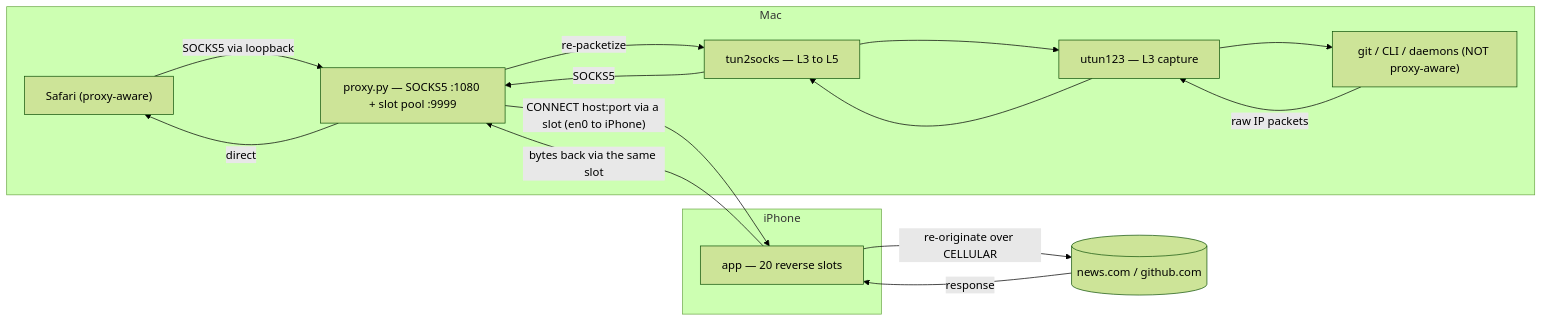
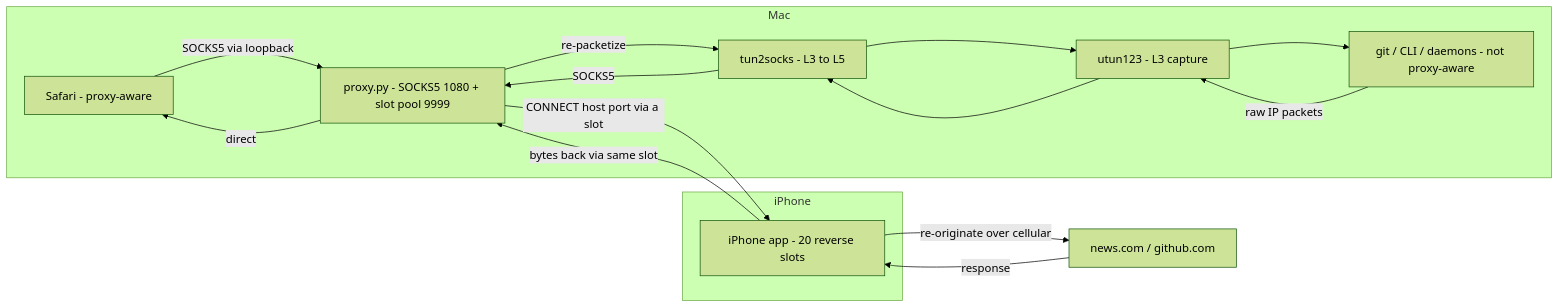
The diagram in ios-proxy-test/ARCHITECTURE.md (codereyinish/ColdVPN), drawn with Mermaid (forest theme) before and after one commit.

Commit message:
Fix Mermaid diagram so GitHub renders it
GitHub's renderer failed ("Unable to render rich display") on em dashes,
chained labeled edges, and the cylinder shape. Rewrote with plain hyphens,
one edge per line, plain box nodes, and the A -->|label| B edge syntax.

````diff
--- a/ios-proxy-test/ARCHITECTURE.md
+++ b/ios-proxy-test/ARCHITECTURE.md
@@ -35,23 +35,27 @@
 ```mermaid
 flowchart LR
     subgraph MAC["Mac"]
-        Safari["Safari (proxy-aware)"]
-        CLI["git / CLI / daemons (NOT proxy-aware)"]
-        utun["utun123 — L3 capture"]
-        t2s["tun2socks — L3 to L5"]
-        proxy["proxy.py — SOCKS5 :1080 + slot pool :9999"]
+        Safari["Safari - proxy-aware"]
+        CLI["git / CLI / daemons - not proxy-aware"]
+        utun["utun123 - L3 capture"]
+        t2s["tun2socks - L3 to L5"]
+        proxy["proxy.py - SOCKS5 1080 + slot pool 9999"]
     end
     subgraph PHONE["iPhone"]
-        app["app — 20 reverse slots"]
+        app["iPhone app - 20 reverse slots"]
     end
-    NET[("news.com / github.com")]
+    NET["news.com / github.com"]
 
-    Safari -- "SOCKS5 via loopback" --> proxy
-    CLI -- "raw IP packets" --> utun --> t2s -- "SOCKS5" --> proxy
-    proxy -- "CONNECT host:port via a slot (en0 to iPhone)" --> app
-    app -- "re-originate over CELLULAR" --> NET
-    NET -- "response" --> app
-    app -- "bytes back via the same slot" --> proxy
-    proxy -- "direct" --> Safari
-    proxy -- "re-packetize" --> t2s --> utun --> CLI
+    Safari -->|SOCKS5 via loopback| proxy
+    CLI -->|raw IP packets| utun
+    utun --> t2s
+    t2s -->|SOCKS5| proxy
+    proxy -->|CONNECT host port via a slot| app
+    app -->|re-originate over cellular| NET
+    NET -->|response| app
+    app -->|bytes back via same slot| proxy
+    proxy -->|direct| Safari
+    proxy -->|re-packetize| t2s
+    t2s --> utun
+    utun --> CLI
 ```
````
